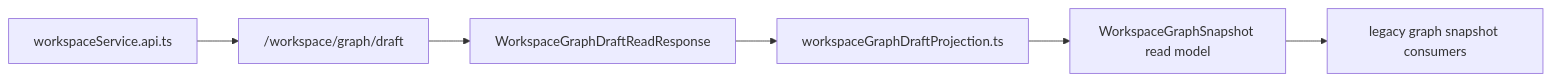
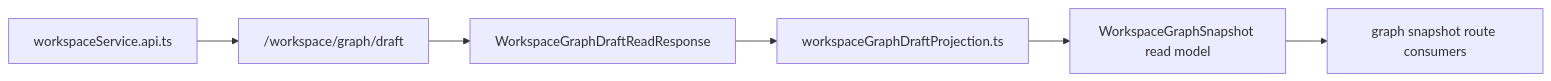
One commit to dunay2/dvt changed the third of 4 diagrams in docs/architecture/components/web/graph/canvas-startup-and-draft-recovery-component.md. Above: the diagram before and after it, drawn with Mermaid. The commit also changed other lines of this file and 44 other files, not shown here.

````diff
--- a/docs/architecture/components/web/graph/canvas-startup-and-draft-recovery-component.md
+++ b/docs/architecture/components/web/graph/canvas-startup-and-draft-recovery-component.md
@@ -122,8 +122,8 @@
 ```mermaid
 flowchart LR
   ApiService["workspaceService.api.ts"] --> Endpoint["/workspace/graph/draft"]
   Endpoint --> Contract["WorkspaceGraphDraftReadResponse"]
   Contract --> Projection["workspaceGraphDraftProjection.ts"]
   Projection --> Snapshot["WorkspaceGraphSnapshot read model"]
-  Snapshot --> LegacyConsumers["legacy graph snapshot consumers"]
+  Snapshot --> RouteConsumers["graph snapshot route consumers"]
 ```
````
